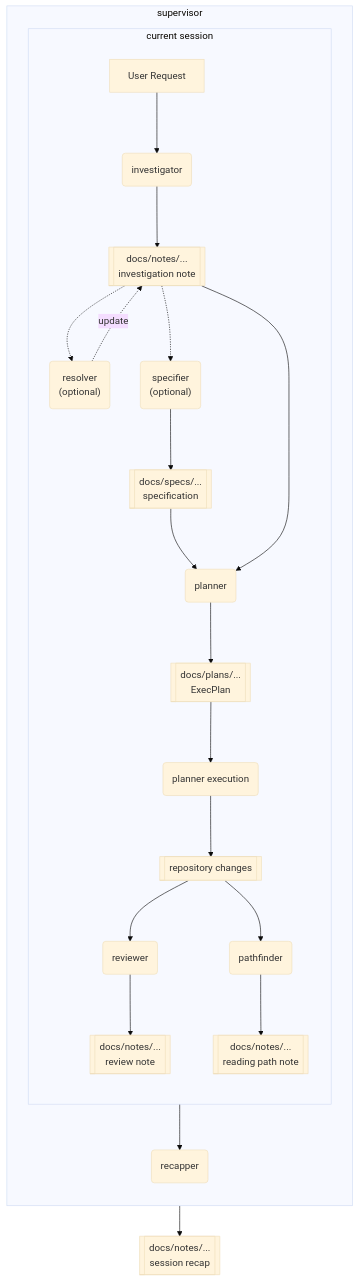
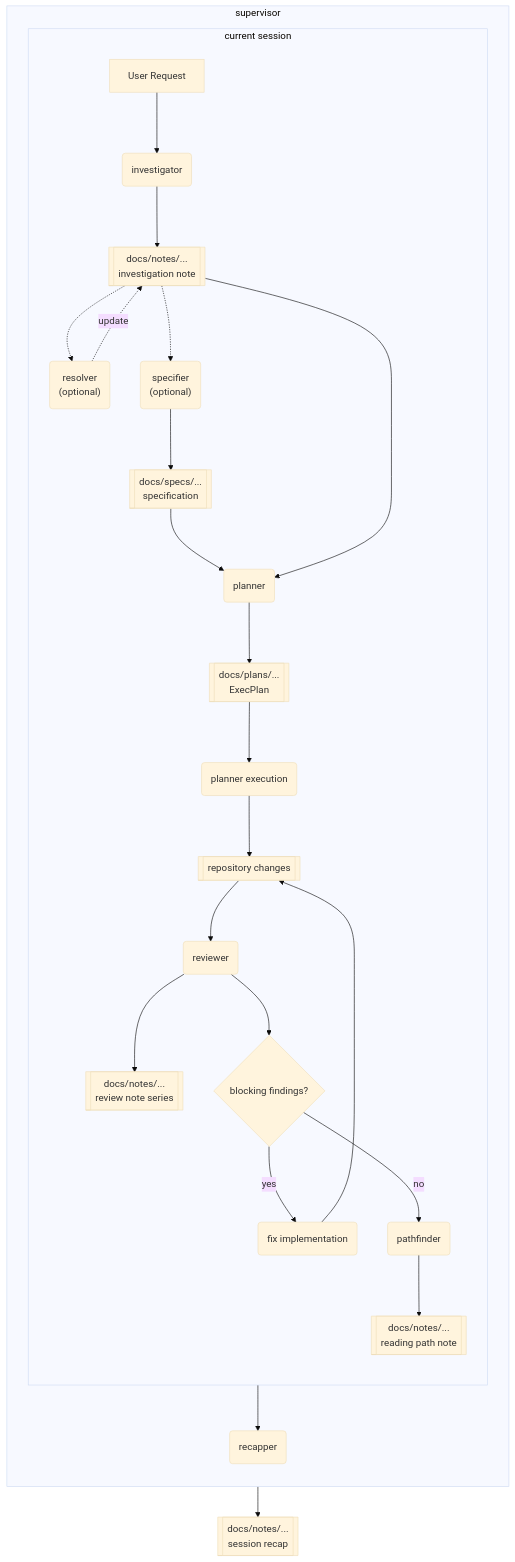
Before and after one commit to ayatoy/dev-skills: the diagram in README.md, drawn with Mermaid (base theme). The commit also changed other lines of this file and 4 other files, not shown here.

Commit message:
Clarify reviewer series naming and supervisor review fix loop

````diff
--- a/README.md
+++ b/README.md
@@ -24,27 +24,29 @@
 ```mermaid
 flowchart TB
     subgraph S["supervisor"]
         direction TB
 
         subgraph Q["current session"]
             direction TB
 
             A["User Request"] --> B("investigator") --> C[["docs/notes/...<br/>investigation note"]]
 
             C -.-> D("resolver<br/>(optional)")
             D -. update .-> C
 
             C -.-> E("specifier<br/>(optional)")
             E --> G[["docs/specs/...<br/>specification"]] --> F("planner")
 
             C --> F
             F --> H[["docs/plans/...<br/>ExecPlan"]] --> I("planner execution") --> J[["repository changes"]]
 
-            J --> K("reviewer") --> M[["docs/notes/...<br/>review note"]]
-            J --> L("pathfinder") --> N[["docs/notes/...<br/>reading path note"]]
+            J --> K("reviewer") --> M[["docs/notes/...<br/>review note series"]]
+            K --> X{"blocking findings?"}
+            X -- yes --> Y("fix implementation") --> J
+            X -- no --> L("pathfinder") --> N[["docs/notes/...<br/>reading path note"]]
         end
 
-        Q --> O("recapper")
+        N --> O("recapper")
     end
     O --> P[["docs/notes/...<br/>session recap"]]
 ```
````
